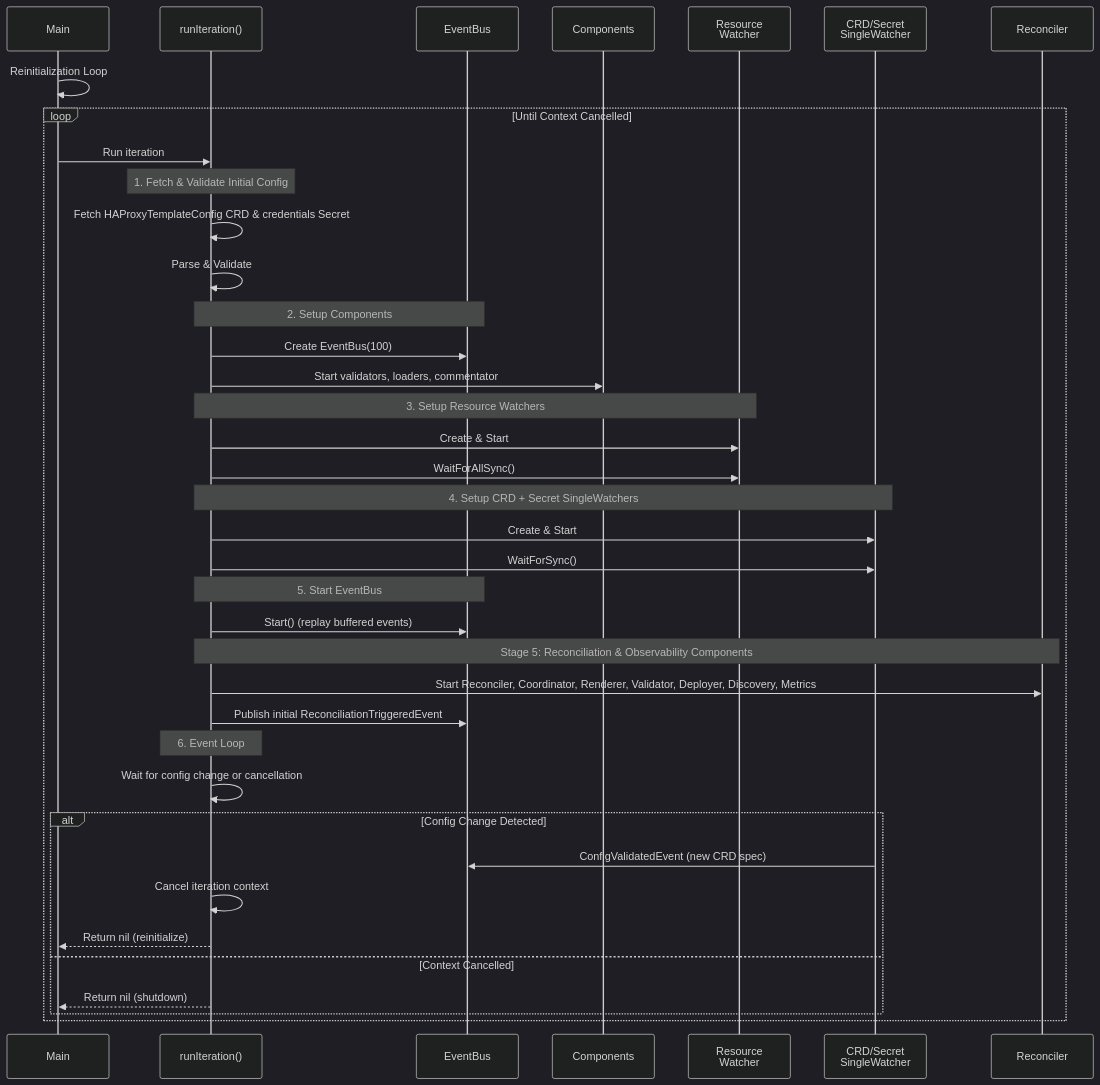
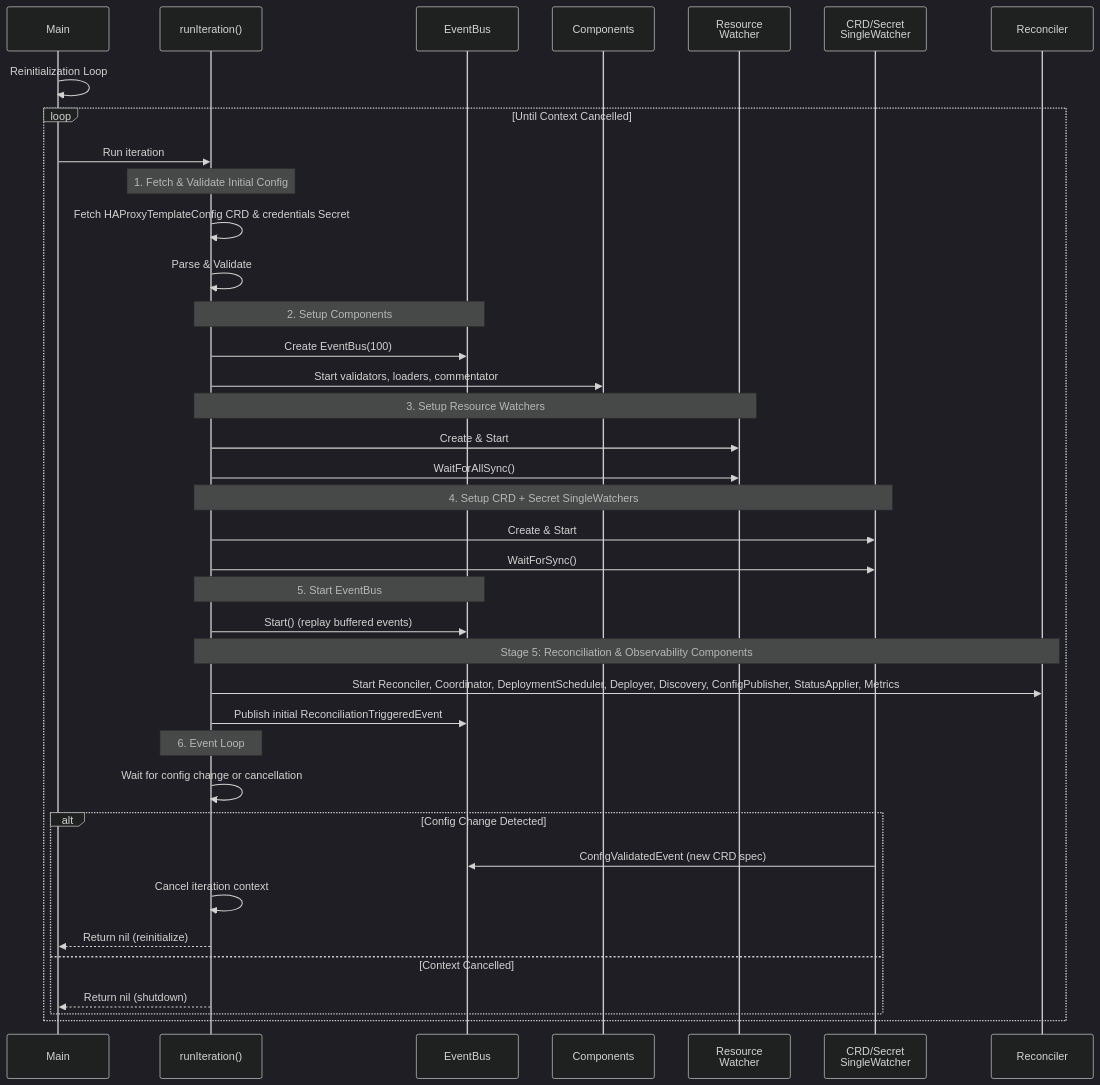
Before and after one commit to HAProxy-Template-IC/haproxy-template-ingress-controller: the first of 4 diagrams in docs/controller/docs/development/design/sequence-diagrams.md, drawn with Mermaid (dark theme). The commit also changed other lines of this file and 114 other files, not shown here.

````diff
--- a/docs/controller/docs/development/design/sequence-diagrams.md
+++ b/docs/controller/docs/development/design/sequence-diagrams.md
@@ -7,50 +7,50 @@
 ```mermaid
 sequenceDiagram
     participant Main
     participant Iteration as runIteration()
     participant EventBus
     participant Components
     participant ResourceWatcher as Resource<br/>Watcher
     participant CRDSingleWatcher as CRD/Secret<br/>SingleWatcher
     participant Reconciler
 
     Main->>Main: Reinitialization Loop
 
     loop Until Context Cancelled
         Main->>Iteration: Run iteration
 
         Note over Iteration: 1. Fetch & Validate Initial Config
         Iteration->>Iteration: Fetch HAProxyTemplateConfig CRD & credentials Secret
         Iteration->>Iteration: Parse & Validate
 
         Note over Iteration,EventBus: 2. Setup Components
         Iteration->>EventBus: Create EventBus(100)
         Iteration->>Components: Start validators, loaders, commentator
 
         Note over Iteration,ResourceWatcher: 3. Setup Resource Watchers
         Iteration->>ResourceWatcher: Create & Start
         Iteration->>ResourceWatcher: WaitForAllSync()
 
         Note over Iteration,CRDSingleWatcher: 4. Setup CRD + Secret SingleWatchers
         Iteration->>CRDSingleWatcher: Create & Start
         Iteration->>CRDSingleWatcher: WaitForSync()
 
         Note over Iteration,EventBus: 5. Start EventBus
         Iteration->>EventBus: Start() (replay buffered events)
 
         Note over Iteration,Reconciler: Stage 5: Reconciliation & Observability Components
-        Iteration->>Reconciler: Start Reconciler, Coordinator, Renderer, Validator, Deployer, Discovery, Metrics
+        Iteration->>Reconciler: Start Reconciler, Coordinator, DeploymentScheduler, Deployer, Discovery, ConfigPublisher, StatusApplier, Metrics
         Iteration->>EventBus: Publish initial ReconciliationTriggeredEvent
 
         Note over Iteration: 6. Event Loop
         Iteration->>Iteration: Wait for config change or cancellation
 
         alt Config Change Detected
             CRDSingleWatcher->>EventBus: ConfigValidatedEvent (new CRD spec)
             Iteration->>Iteration: Cancel iteration context
             Iteration-->>Main: Return nil (reinitialize)
         else Context Cancelled
             Iteration-->>Main: Return nil (shutdown)
         end
     end
 ```
````
